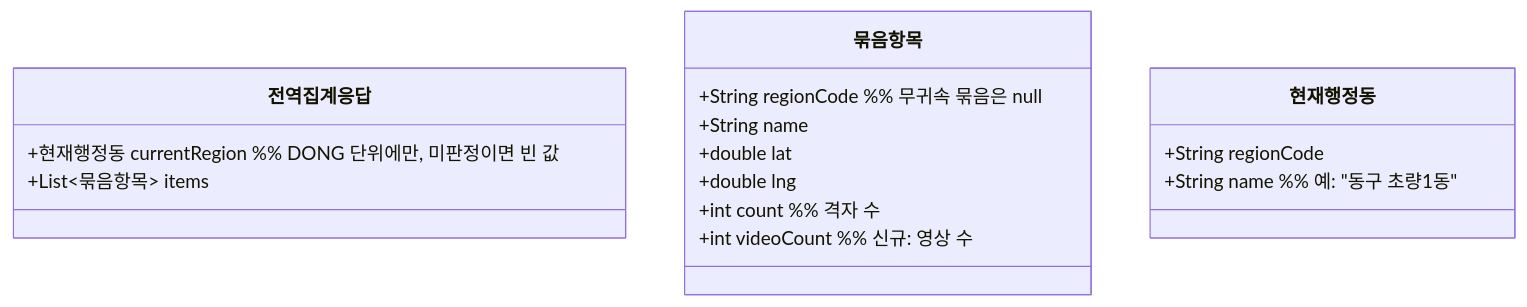
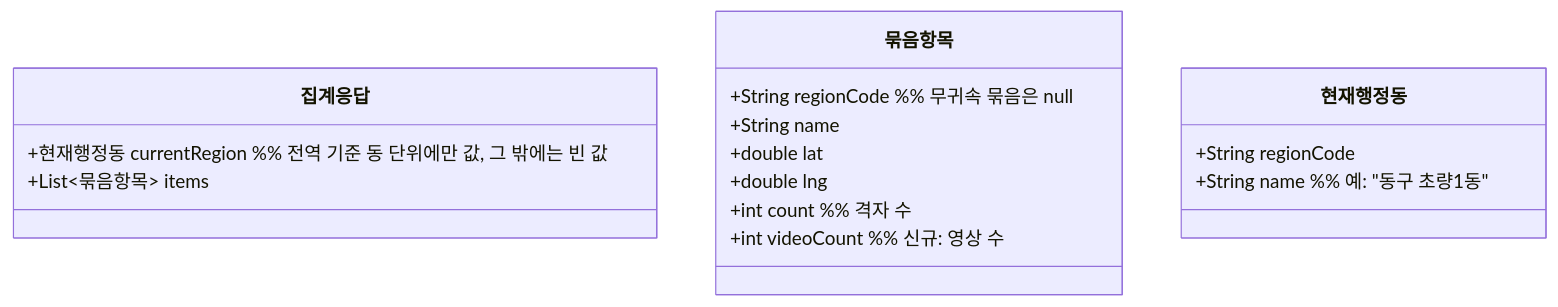
The second of 2 diagrams in docs/prd/MSG-374-prd.md (ASM-MSG/BE), drawn with Mermaid before and after one commit. The commit also changed other lines of this file, not shown here.

````diff
--- a/docs/prd/MSG-374-prd.md
+++ b/docs/prd/MSG-374-prd.md
@@ -70,19 +82,19 @@
 ```mermaid
 classDiagram
-    class 전역집계응답 {
-        +현재행정동 currentRegion  %% DONG 단위에만, 미판정이면 빈 값
+    class 집계응답 {
+        +현재행정동 currentRegion  %% 전역 기준 동 단위에만 값, 그 밖에는 빈 값
         +List~묶음항목~ items
     }
     class 묶음항목 {
         +String regionCode  %% 무귀속 묶음은 null
         +String name
         +double lat
         +double lng
         +int count  %% 격자 수
         +int videoCount  %% 신규: 영상 수
     }
     class 현재행정동 {
         +String regionCode
         +String name  %% 예: "동구 초량1동"
     }
 ```
````
